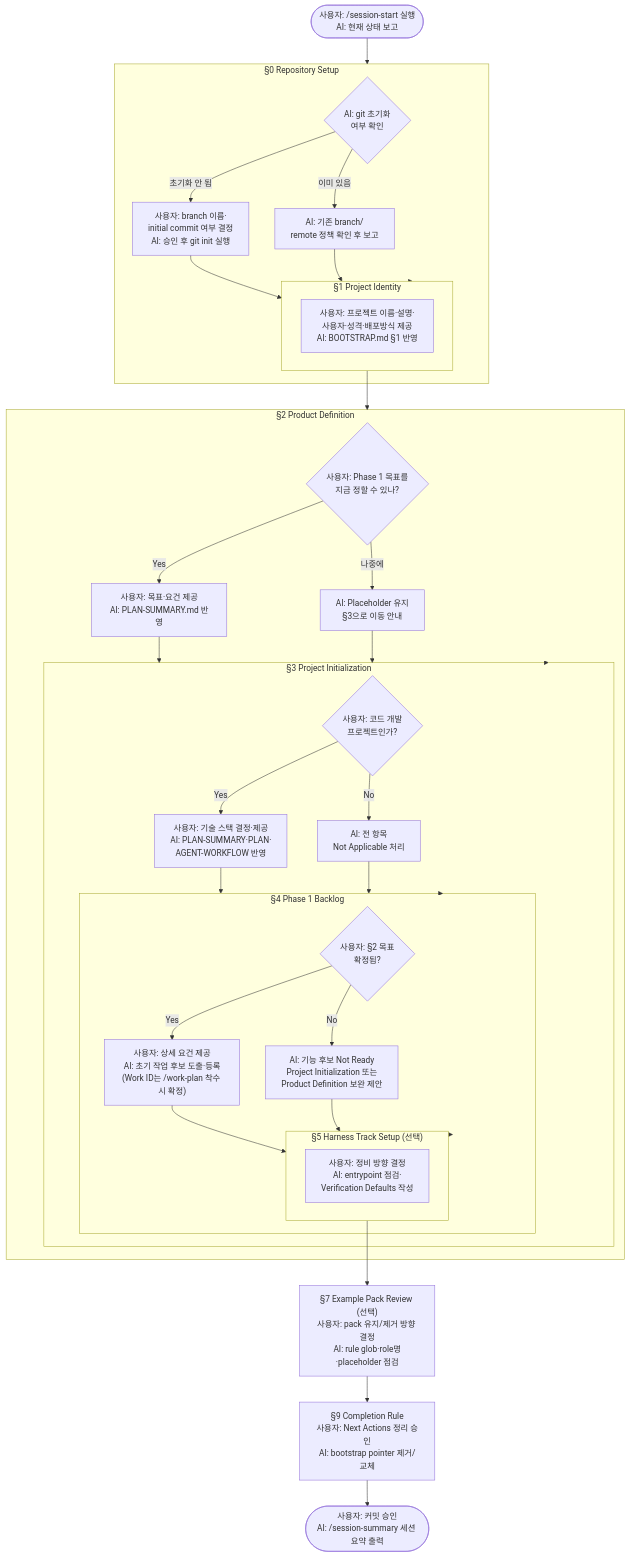
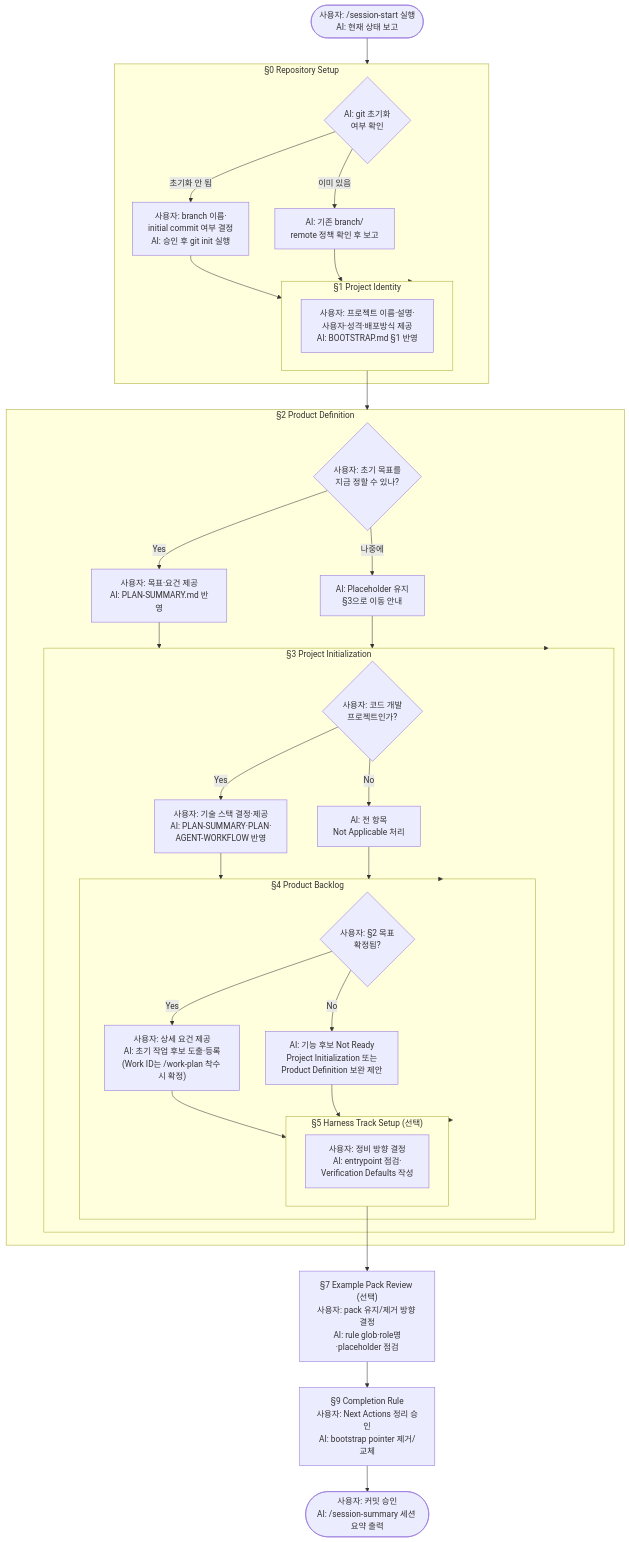
One commit to kyungseo/ai-workflow-harness changed the diagram in docs/SCAFFOLD-ONBOARDING-GUIDE.md. Above: the diagram before and after it, drawn with Mermaid. The commit also changed other lines of this file and 35 other files, not shown here.

First line of the commit message:
refactor: Product track 네이밍 PHASE{n}→PRODUCT 대칭 전환 + phase optional (DR-031, CHORE-20260609-005) (#120)

````diff
--- a/docs/SCAFFOLD-ONBOARDING-GUIDE.md
+++ b/docs/SCAFFOLD-ONBOARDING-GUIDE.md
@@ -217,49 +217,49 @@
 ```mermaid
 flowchart TD
     START(["사용자: /session-start 실행\nAI: 현재 상태 보고"]) --> S0
 
     subgraph S0["§0 Repository Setup"]
         G1{"AI: git 초기화\n여부 확인"}
         G1 -- "초기화 안 됨" --> G2["사용자: branch 이름·\ninitial commit 여부 결정\nAI: 승인 후 git init 실행"]
         G1 -- "이미 있음" --> G3["AI: 기존 branch/\nremote 정책 확인 후 보고"]
         G2 --> S1
         G3 --> S1
     end
 
     subgraph S1["§1 Project Identity"]
         I1["사용자: 프로젝트 이름·설명·\n사용자·성격·배포방식 제공\nAI: BOOTSTRAP.md §1 반영"]
     end
 
     subgraph S2["§2 Product Definition"]
-        P1{"사용자: Phase 1 목표를\n지금 정할 수 있나?"}
+        P1{"사용자: 초기 목표를\n지금 정할 수 있나?"}
         P1 -- "Yes" --> P2["사용자: 목표·요건 제공\nAI: PLAN-SUMMARY.md 반영"]
         P1 -- "나중에" --> P3["AI: Placeholder 유지\n§3으로 이동 안내"]
         P2 --> S3
         P3 --> S3
     end
 
     subgraph S3["§3 Project Initialization"]
         C1{"사용자: 코드 개발\n프로젝트인가?"}
         C1 -- "Yes" --> C2["사용자: 기술 스택 결정·제공\nAI: PLAN-SUMMARY·PLAN·\nAGENT-WORKFLOW 반영"]
         C1 -- "No" --> C3["AI: 전 항목\nNot Applicable 처리"]
         C2 --> S4
         C3 --> S4
     end
 
-    subgraph S4["§4 Phase 1 Backlog"]
+    subgraph S4["§4 Product Backlog"]
         B1{"사용자: §2 목표\n확정됨?"}
         B1 -- "Yes" --> B2["사용자: 상세 요건 제공\nAI: 초기 작업 후보 도출·등록\n(Work ID는 /work-plan 착수 시 확정)"]
         B1 -- "No" --> B3["AI: 기능 후보 Not Ready\nProject Initialization 또는\nProduct Definition 보완 제안"]
         B2 --> S5
         B3 --> S5
     end
 
     subgraph S5["§5 Harness Track Setup (선택)"]
         H1["사용자: 정비 방향 결정\nAI: entrypoint 점검·\nVerification Defaults 작성"]
     end
 
     S0 --> S1 --> S2 --> S3 --> S4 --> S5
     S5 --> S7["§7 Example Pack Review (선택)\n사용자: pack 유지/제거 방향 결정\nAI: rule glob·role명·placeholder 점검"]
     S7 --> S9["§9 Completion Rule\n사용자: Next Actions 정리 승인\nAI: bootstrap pointer 제거/교체"]
     S9 --> DONE(["사용자: 커밋 승인\nAI: /session-summary 세션 요약 출력"])
 ```
````
